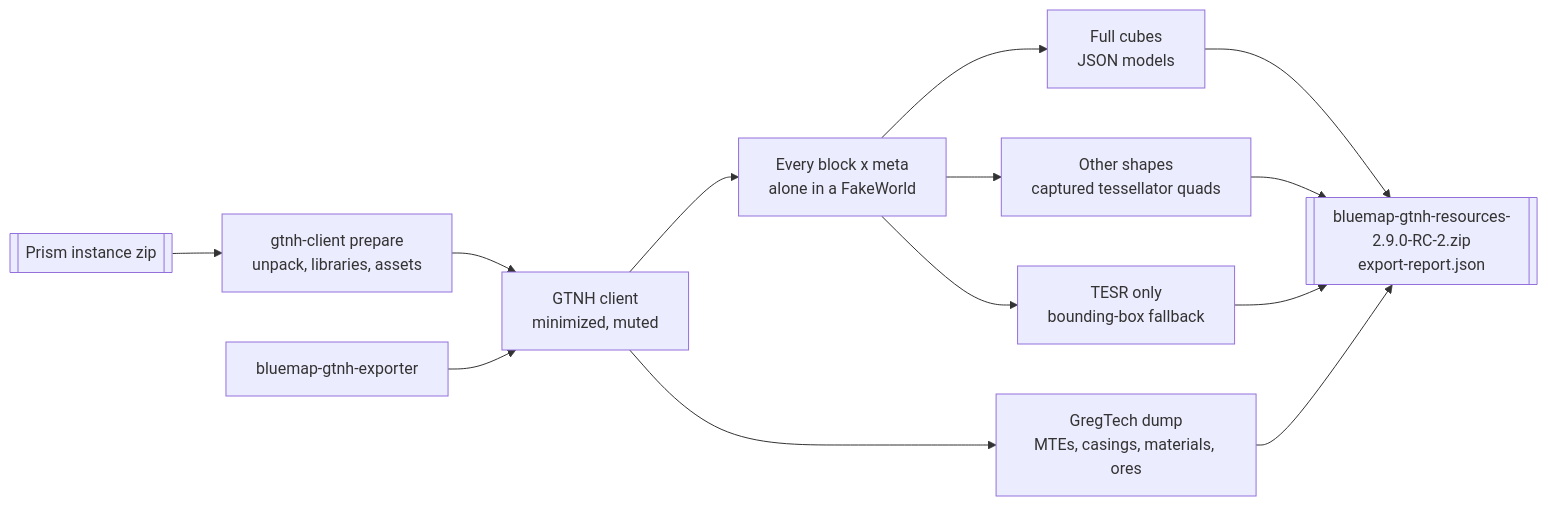
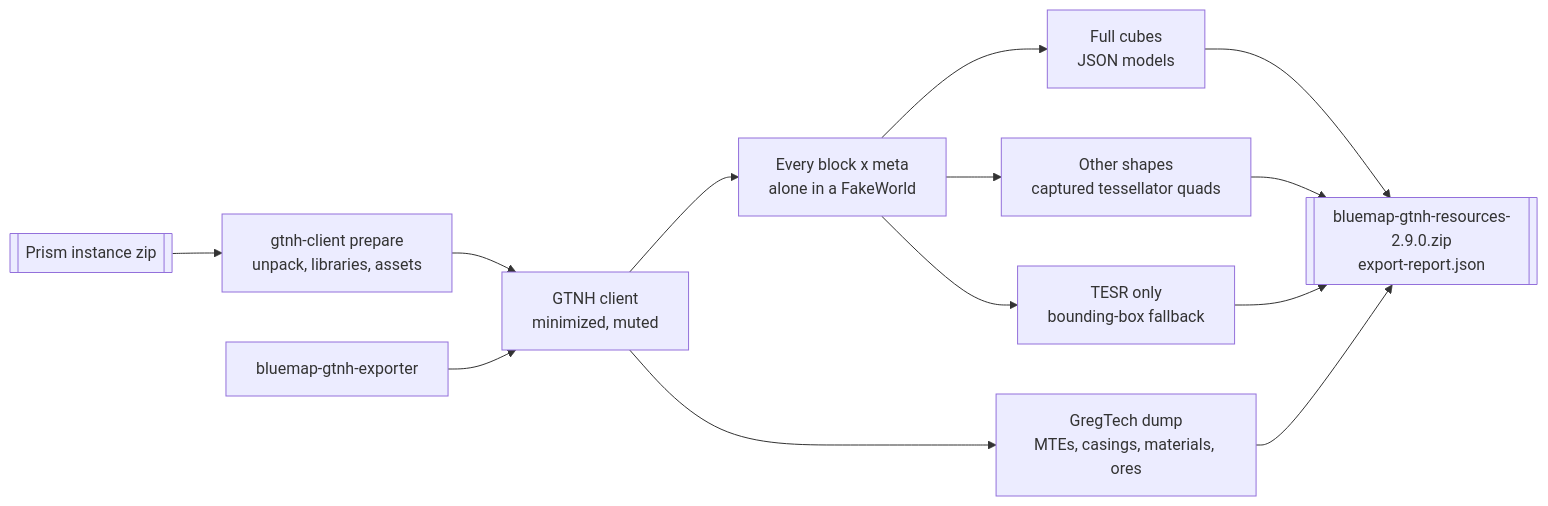
Before and after one commit to Bluemap-GTNH-Unofficial/BlueMap-GTNH: the second of 3 diagrams in site/architecture.md, drawn with Mermaid. The commit also changed other lines of this file and 25 other files, not shown here.

````diff
--- a/site/architecture.md
+++ b/site/architecture.md
@@ -94,15 +94,15 @@
 ```mermaid
 flowchart LR
   zip[["Prism instance zip"]] --> prepare["gtnh-client prepare<br/>unpack, libraries, assets"]
   prepare --> client["GTNH client<br/>minimized, muted"]
   jar["bluemap-gtnh-exporter"] --> client
   client --> probe["Every block x meta<br/>alone in a FakeWorld"]
   probe --> cube["Full cubes<br/>JSON models"]
   probe --> cap["Other shapes<br/>captured tessellator quads"]
   probe --> bbox["TESR only<br/>bounding-box fallback"]
   client --> gtdump["GregTech dump<br/>MTEs, casings, materials, ores"]
-  cube --> out[["bluemap-gtnh-resources-2.9.0-RC-2.zip<br/>export-report.json"]]
+  cube --> out[["bluemap-gtnh-resources-2.9.0.zip<br/>export-report.json"]]
   cap --> out
   bbox --> out
   gtdump --> out
 ```
````
